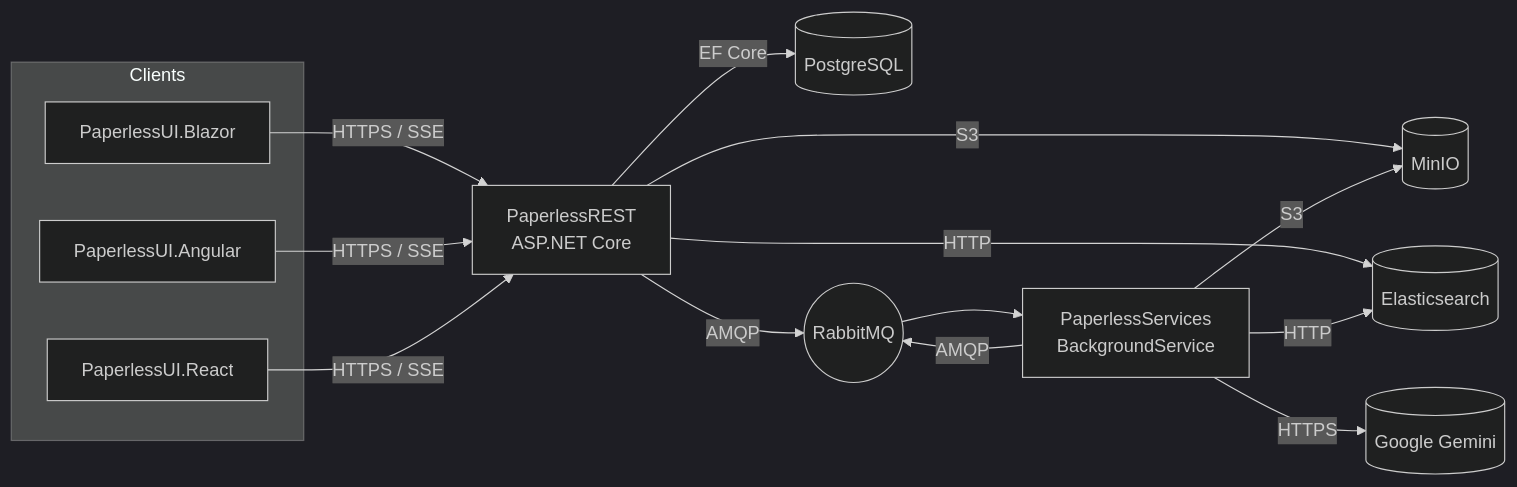
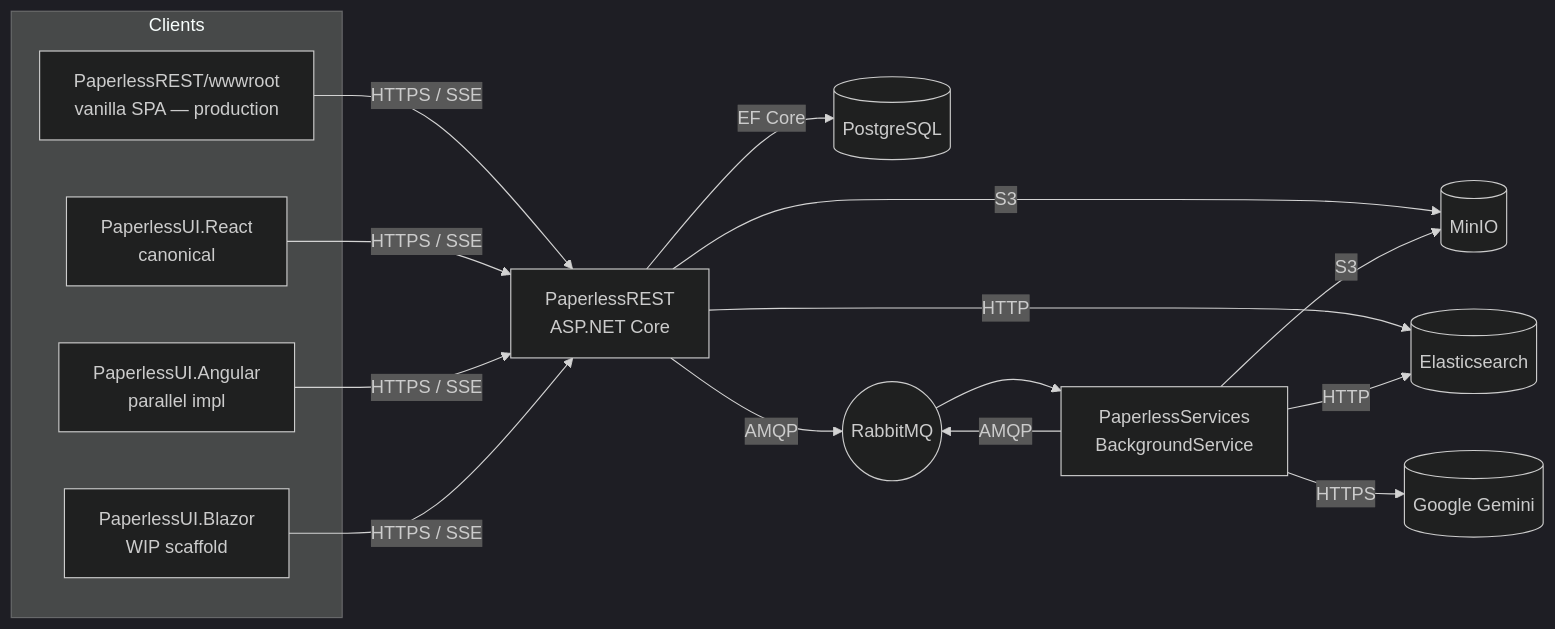
The diagram in README.md (ANcpLua/Paperless), drawn with Mermaid before and after one commit. The commit also changed other lines of this file and 45 other files, not shown here.

````diff
--- a/README.md
+++ b/README.md
@@ -67,19 +68,20 @@
 ```mermaid
 %%{init: {'theme':'dark'}}%%
 flowchart LR
     subgraph Clients
-      Blazor[PaperlessUI.Blazor]
-      Angular[PaperlessUI.Angular]
-      React[PaperlessUI.React]
+      wwwroot[PaperlessREST/wwwroot<br/>vanilla SPA — production]
+      React[PaperlessUI.React<br/>canonical]
+      Angular[PaperlessUI.Angular<br/>parallel impl]
+      Blazor[PaperlessUI.Blazor<br/>WIP scaffold]
     end
-    Blazor & Angular & React -->|HTTPS / SSE| REST[PaperlessREST<br/>ASP.NET Core]
+    wwwroot & React & Angular & Blazor -->|HTTPS / SSE| REST[PaperlessREST<br/>ASP.NET Core]
     REST -->|EF Core| PG[(PostgreSQL)]
     REST -->|S3| MIN[(MinIO)]
     REST -->|HTTP| ES[(Elasticsearch)]
     REST -->|AMQP| RMQ((RabbitMQ))
     RMQ --> WORK[PaperlessServices<br/>BackgroundService]
     WORK -->|S3| MIN
     WORK -->|HTTP| ES
     WORK -->|HTTPS| GEM[(Google Gemini)]
     WORK -->|AMQP| RMQ
 ```
````
